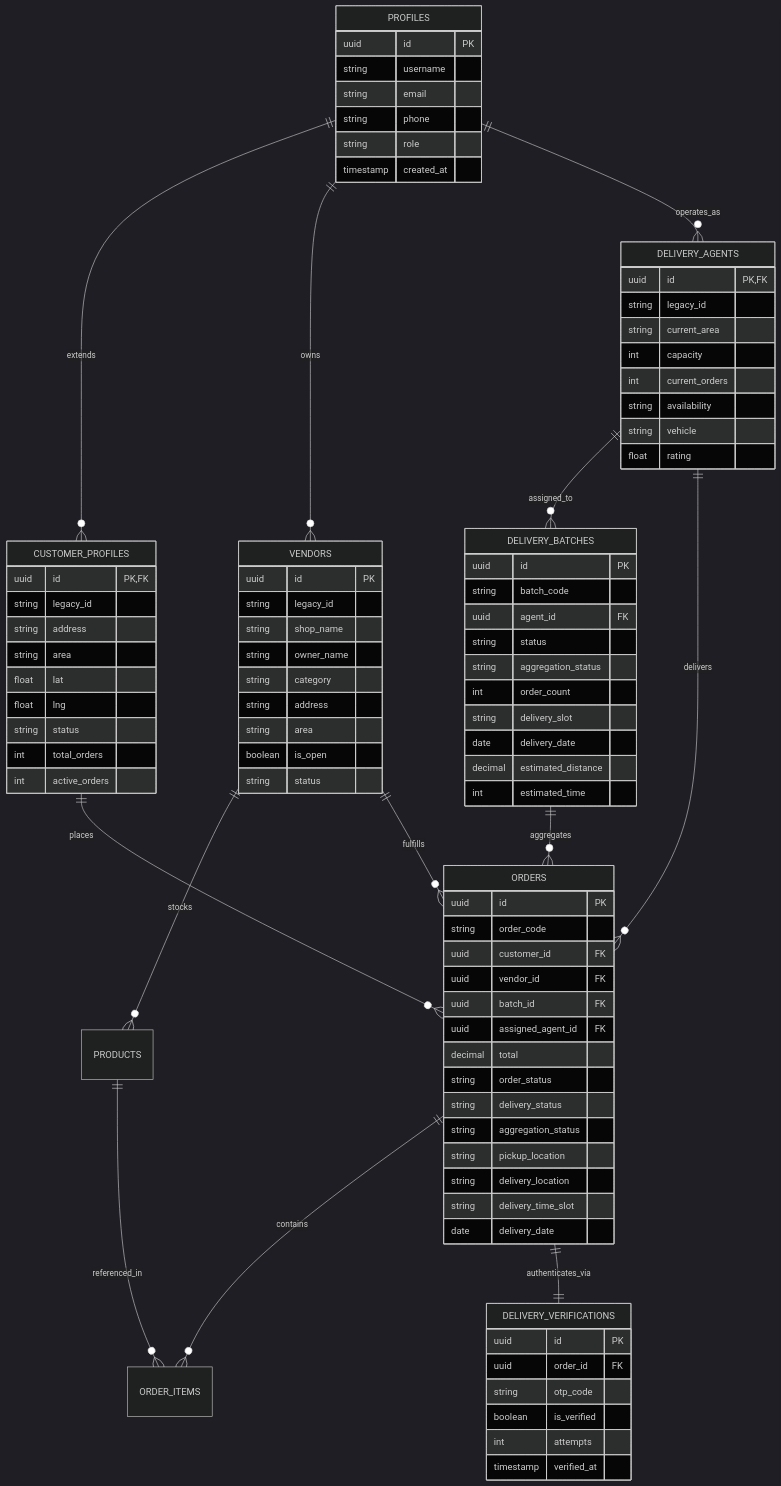
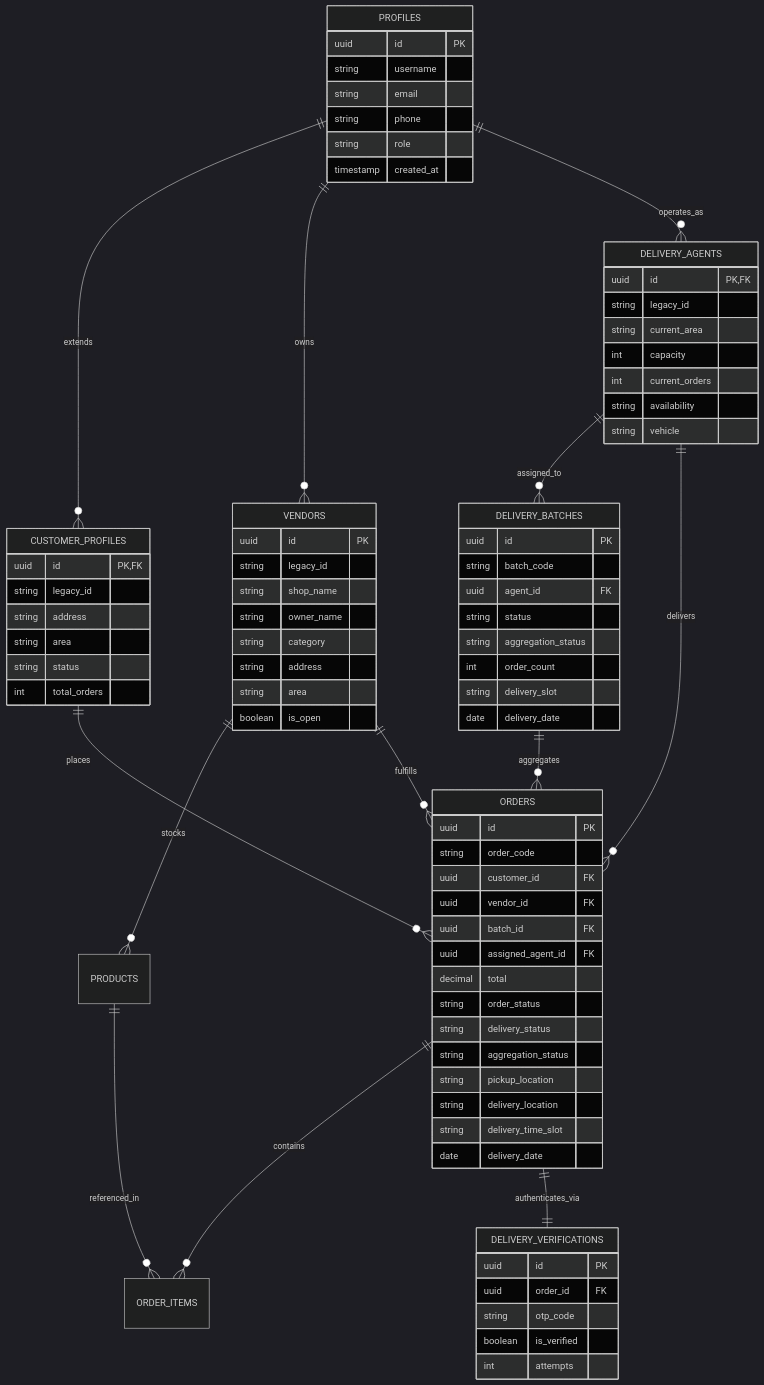
Before and after one commit to abishekasivaram/Micro-Logistics: the second of 4 diagrams in Micro_Logistics_Final_Review_Report.md, drawn with Mermaid (dark theme). The commit also changed other lines of this file and 6 other files, not shown here.

````diff
--- a/Micro_Logistics_Final_Review_Report.md
+++ b/Micro_Logistics_Final_Review_Report.md
@@ -225,11 +250,8 @@
         string legacy_id
         string address
         string area
-        float lat
-        float lng
         string status
         int total_orders
-        int active_orders
     }
 
     VENDORS {
@@ -241,7 +263,6 @@
         string address
         string area
         boolean is_open
-        string status
     }
 
     DELIVERY_AGENTS {
@@ -252,7 +273,6 @@
         int current_orders
         string availability
         string vehicle
-        float rating
     }
 
     ORDERS {
@@ -281,8 +301,6 @@
         int order_count
         string delivery_slot
         date delivery_date
-        decimal estimated_distance
-        int estimated_time
     }
 
     DELIVERY_VERIFICATIONS {
@@ -291,6 +309,5 @@
         string otp_code
         boolean is_verified
         int attempts
-        timestamp verified_at
     }
 ```
````
